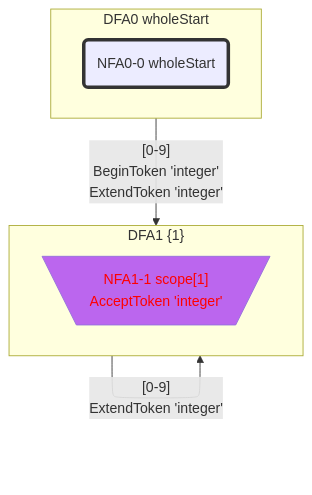
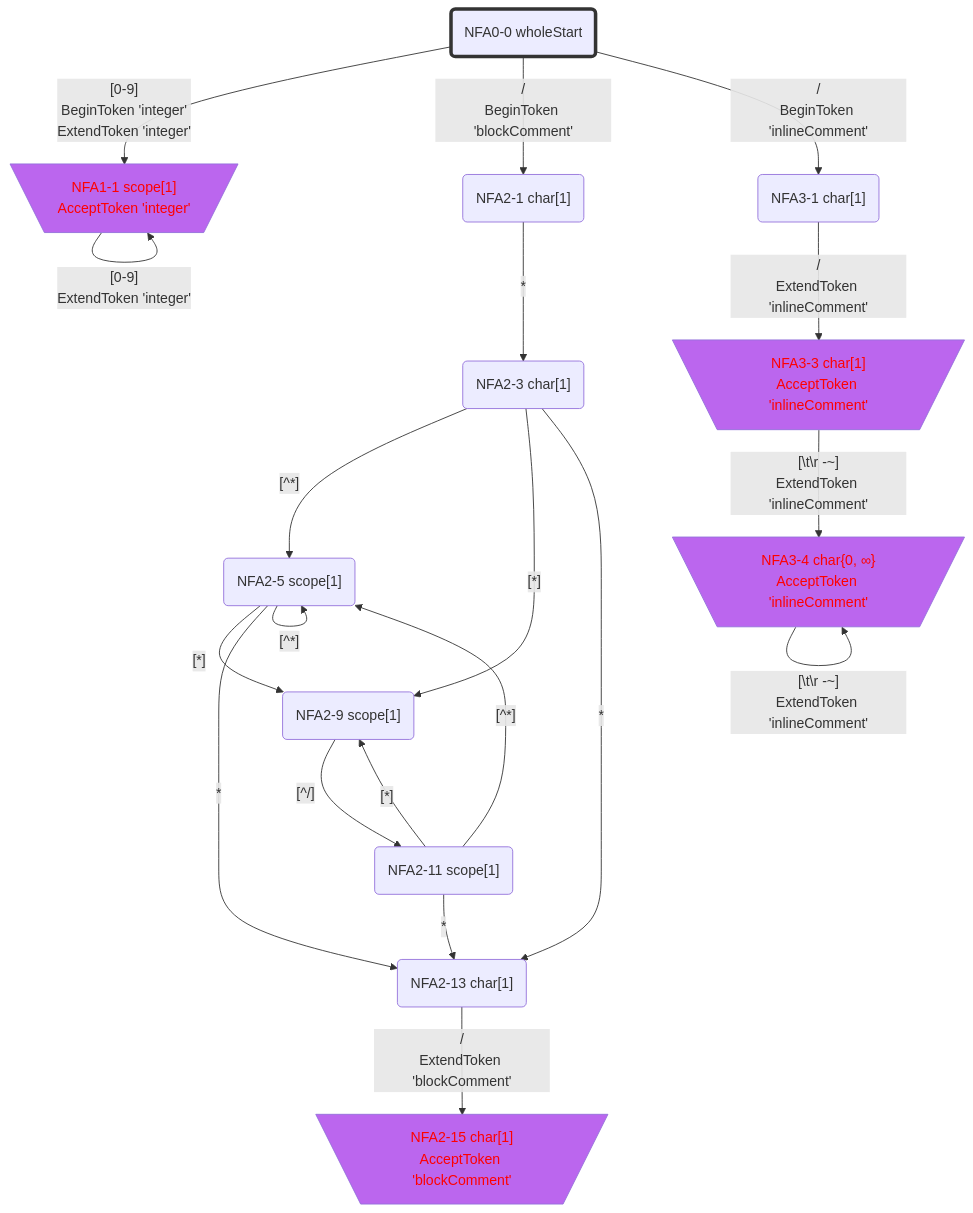
One commit to bitzhuwei/GrammarMentor changed the ninth of 13 diagrams in Practices/Practice.GeneratedXxxFormat.Test/GeneratedInts/LexicalAnalyzer/README.gen.md. Above: the diagram before and after it, drawn with Mermaid. The commit also changed other lines of this file and 3868 other files, not shown here.

````diff
--- a/Practices/Practice.GeneratedXxxFormat.Test/GeneratedInts/LexicalAnalyzer/README.gen.md
+++ b/Practices/Practice.GeneratedXxxFormat.Test/GeneratedInts/LexicalAnalyzer/README.gen.md
@@ -229,35 +609,68 @@
 ```Mermaid
 flowchart
 classDef c0001 color:#FF0000;
 classDef c0010 stroke-dasharray: 10 10;
 classDef c0011 stroke-dasharray: 10 10,color:#FF0000;
 classDef c0100 fill:#BB66EE;
 classDef c0101 fill:#BB66EE,color:#FF0000;
 classDef c0110 fill:#BB66EE,stroke-dasharray: 10 10;
 classDef c0111 fill:#BB66EE,stroke-dasharray: 10 10,color:#FF0000;
 classDef c1000 stroke:#333,stroke-width:4px;
 classDef c1001 stroke:#333,stroke-width:4px,color:#FF0000;
 classDef c1010 stroke:#333,stroke-width:4px,stroke-dasharray: 10 10;
 classDef c1011 stroke:#333,stroke-width:4px,stroke-dasharray: 10 10,color:#FF0000;
 classDef c1100 stroke:#333,stroke-width:4px,fill:#BB66EE;
 classDef c1101 stroke:#333,stroke-width:4px,fill:#BB66EE,color:#FF0000;
 classDef c1110 stroke:#333,stroke-width:4px,fill:#BB66EE,stroke-dasharray: 10 10;
 classDef c1111 stroke:#333,stroke-width:4px,fill:#BB66EE,stroke-dasharray: 10 10,color:#FF0000;
-subgraph DFA0_774839393["DFA0 wholeStart"]
-NFA0_0_63739581_0("NFA0-0 wholeStart")
-class NFA0_0_63739581_0 c1000;
-end
-class DFA0_774839393 c1000;
-subgraph DFA1_1542509584["DFA1 {1}"]
-NFA1_1_21995256_1[\"NFA1-1 scope[1]
+NFA0_0_49957660("NFA0-0 wholeStart")
+class NFA0_0_49957660 c1000;
+NFA1_1_57746634[\"NFA1-1 scope[1]
 AcceptToken 'integer'"/]
-class NFA1_1_21995256_1 c0101;
-end
-class DFA1_1542509584 c0101;
-DFA0_774839393 -->|"[0-9]
+class NFA1_1_57746634 c0101;
+NFA2_1_46965764("NFA2-1 char[1]")
+NFA3_1_20038698("NFA3-1 char[1]")
+NFA2_3_12521852("NFA2-3 char[1]")
+NFA3_3_46130559[\"NFA3-3 char[1]
+AcceptToken 'inlineComment'"/]
+class NFA3_3_46130559 c0101;
+NFA2_5_7637115("NFA2-5 scope[1]")
+NFA2_9_45587811("NFA2-9 scope[1]")
+NFA2_13_1625174("NFA2-13 char[1]")
+NFA3_4_14626574[\"NFA3-4 char{0, ∞}
+AcceptToken 'inlineComment'"/]
+class NFA3_4_14626574 c0101;
+NFA2_11_43901854("NFA2-11 scope[1]")
+NFA2_15_64530307[\"NFA2-15 char[1]
+AcceptToken 'blockComment'"/]
+class NFA2_15_64530307 c0101;
+NFA0_0_49957660 -->|"[0-9]
 BeginToken 'integer'
-ExtendToken 'integer'"|DFA1_1542509584
-DFA1_1542509584 -->|"[0-9]
-ExtendToken 'integer'"|DFA1_1542509584
+ExtendToken 'integer'"|NFA1_1_57746634
+NFA0_0_49957660 -->|"/
+BeginToken 'blockComment'"|NFA2_1_46965764
+NFA0_0_49957660 -->|"/
+BeginToken 'inlineComment'"|NFA3_1_20038698
+NFA1_1_57746634 -->|"[0-9]
+ExtendToken 'integer'"|NFA1_1_57746634
+NFA2_1_46965764 -->|"*"|NFA2_3_12521852
+NFA3_1_20038698 -->|"/
+ExtendToken 'inlineComment'"|NFA3_3_46130559
+NFA2_3_12521852 -->|"[^*]"|NFA2_5_7637115
+NFA2_3_12521852 -->|"[*]"|NFA2_9_45587811
+NFA2_3_12521852 -->|"*"|NFA2_13_1625174
+NFA3_3_46130559 -->|"[#92;t#92;r#32;-~]
+ExtendToken 'inlineComment'"|NFA3_4_14626574
+NFA2_5_7637115 -->|"[^*]"|NFA2_5_7637115
+NFA2_5_7637115 -->|"[*]"|NFA2_9_45587811
+NFA2_5_7637115 -->|"*"|NFA2_13_1625174
+NFA2_9_45587811 -->|"[^/]"|NFA2_11_43901854
+NFA2_13_1625174 -->|"/
+ExtendToken 'blockComment'"|NFA2_15_64530307
+NFA3_4_14626574 -->|"[#92;t#92;r#32;-~]
+ExtendToken 'inlineComment'"|NFA3_4_14626574
+NFA2_11_43901854 -->|"[^*]"|NFA2_5_7637115
+NFA2_11_43901854 -->|"[*]"|NFA2_9_45587811
+NFA2_11_43901854 -->|"*"|NFA2_13_1625174
 
 ```
````
